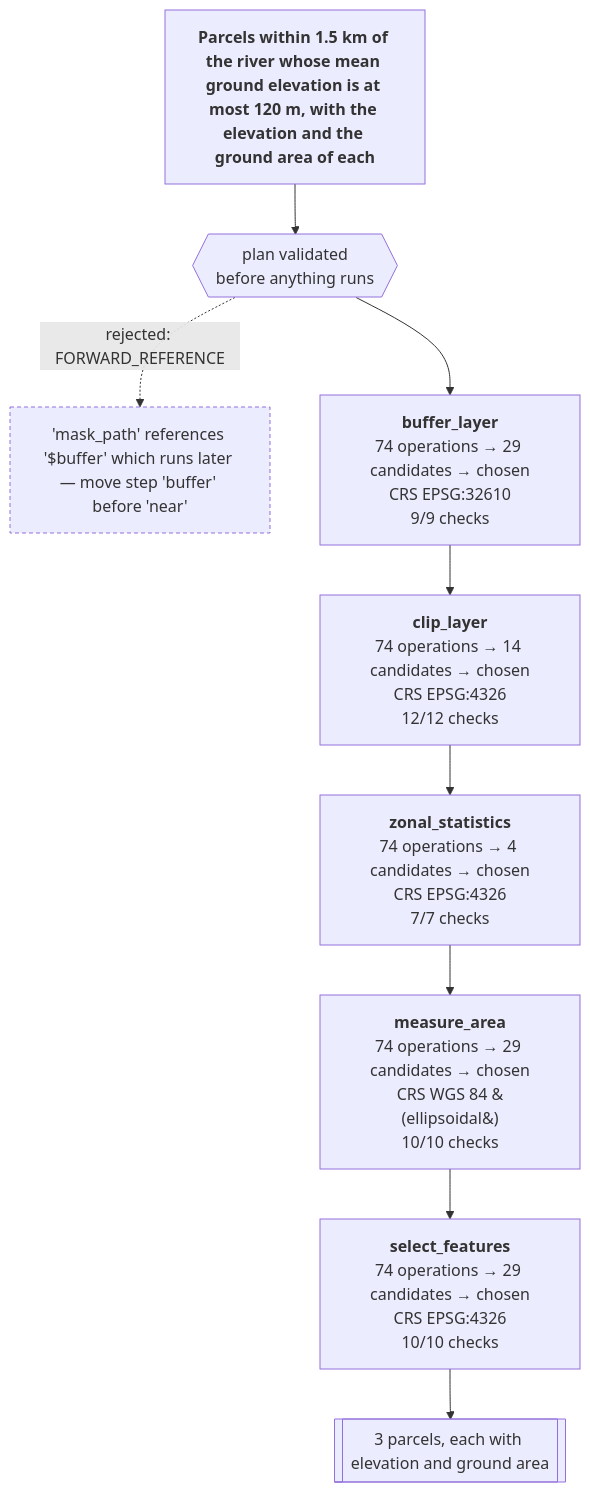
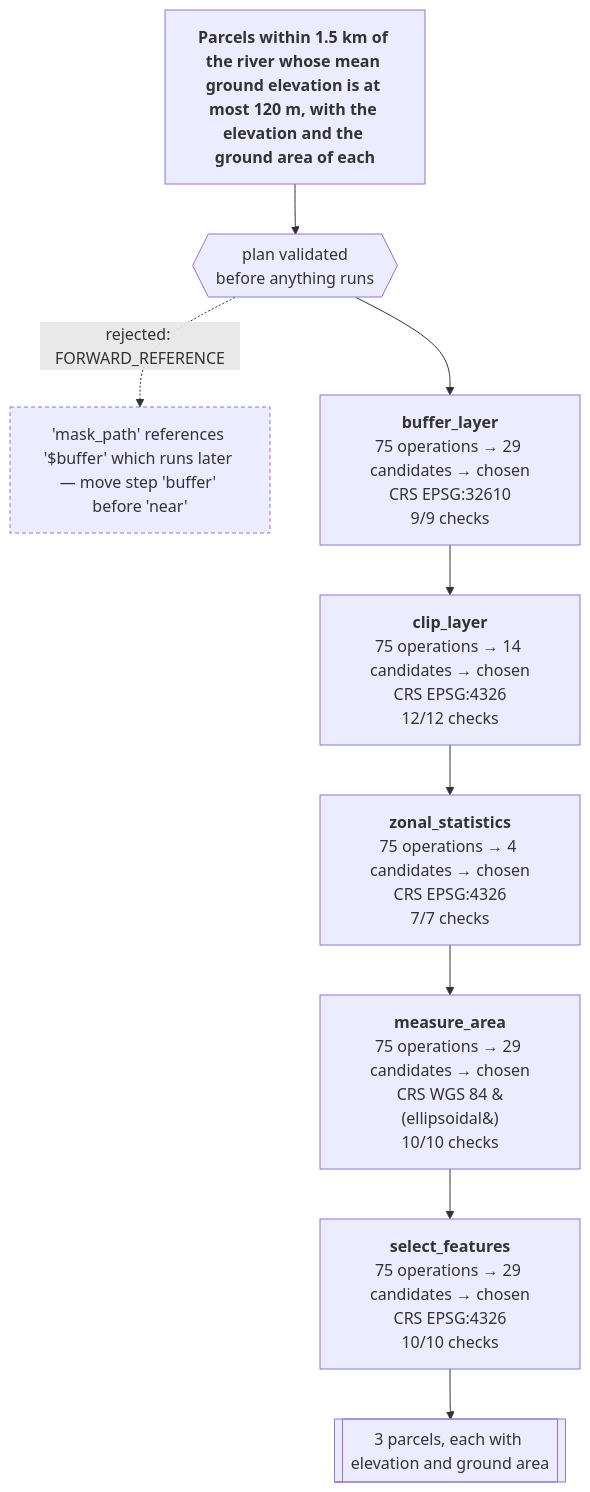
One commit to mapsmith-ai/MapSmith changed the diagram in README.md. Above: the diagram before and after it, drawn with Mermaid. The commit also changed other lines of this file and 11 other files, not shown here.

````diff
--- a/README.md
+++ b/README.md
@@ -81,20 +81,20 @@
 ```mermaid
 flowchart TB
   ASK["<b>Parcels within 1.5 km of the river whose mean ground elevation is at most 120 m, with the elevation and the ground area of each</b>"]
   ASK --> PLAN{{"plan validated<br/>before anything runs"}}
   PLAN -. "rejected: FORWARD_REFERENCE" .-> BAD["'mask_path' references '$buffer' which runs later — move step 'buffer' before 'near'"]
   BAD:::bad
-  BUFFER["<b>buffer_layer</b><br/>74 operations &rarr; 29 candidates &rarr; chosen<br/>CRS EPSG:32610<br/>9/9 checks"]
+  BUFFER["<b>buffer_layer</b><br/>75 operations &rarr; 29 candidates &rarr; chosen<br/>CRS EPSG:32610<br/>9/9 checks"]
   PLAN --> BUFFER
-  NEAR["<b>clip_layer</b><br/>74 operations &rarr; 14 candidates &rarr; chosen<br/>CRS EPSG:4326<br/>12/12 checks"]
+  NEAR["<b>clip_layer</b><br/>75 operations &rarr; 14 candidates &rarr; chosen<br/>CRS EPSG:4326<br/>12/12 checks"]
   BUFFER --> NEAR
-  HEIGHT["<b>zonal_statistics</b><br/>74 operations &rarr; 4 candidates &rarr; chosen<br/>CRS EPSG:4326<br/>7/7 checks"]
+  HEIGHT["<b>zonal_statistics</b><br/>75 operations &rarr; 4 candidates &rarr; chosen<br/>CRS EPSG:4326<br/>7/7 checks"]
   NEAR --> HEIGHT
-  AREA["<b>measure_area</b><br/>74 operations &rarr; 29 candidates &rarr; chosen<br/>CRS WGS 84 &#40;ellipsoidal&#41;<br/>10/10 checks"]
+  AREA["<b>measure_area</b><br/>75 operations &rarr; 29 candidates &rarr; chosen<br/>CRS WGS 84 &#40;ellipsoidal&#41;<br/>10/10 checks"]
   HEIGHT --> AREA
-  FILTER["<b>select_features</b><br/>74 operations &rarr; 29 candidates &rarr; chosen<br/>CRS EPSG:4326<br/>10/10 checks"]
+  FILTER["<b>select_features</b><br/>75 operations &rarr; 29 candidates &rarr; chosen<br/>CRS EPSG:4326<br/>10/10 checks"]
   AREA --> FILTER
   OUT[["3 parcels, each with elevation and ground area"]]
   FILTER --> OUT
   classDef bad stroke-dasharray: 4 3
 ```
````
